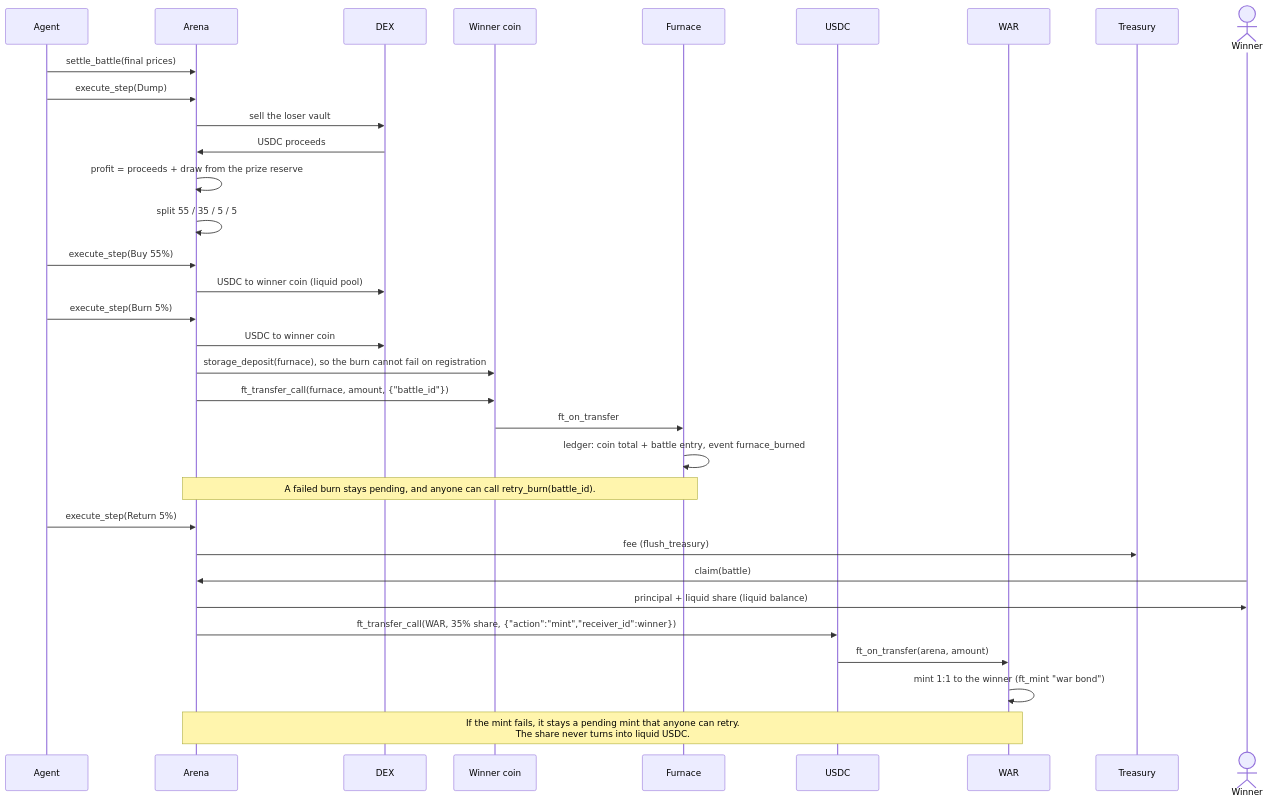
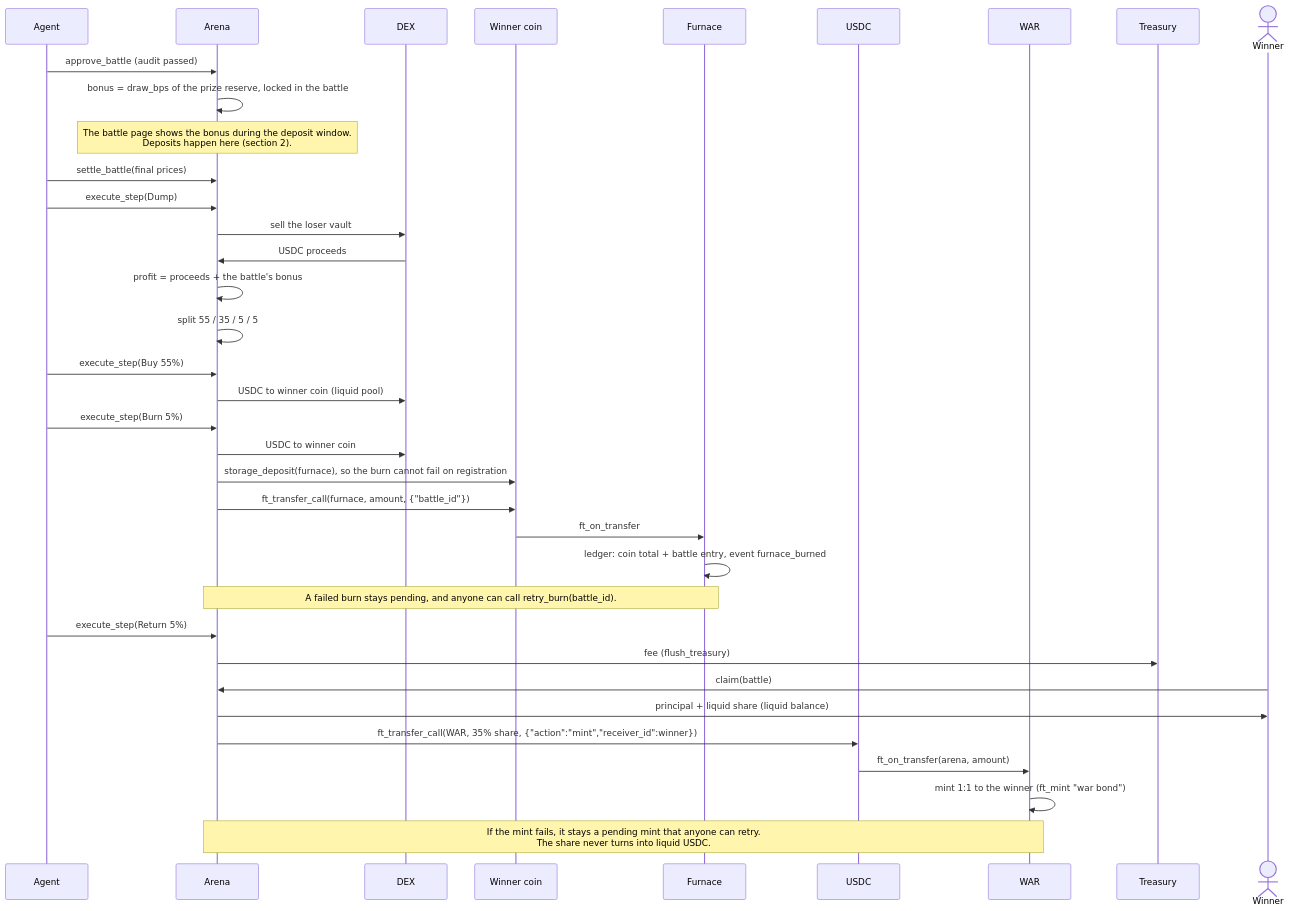
Before and after one commit to mferdinandr/valtrums: the third of 4 diagrams in docs/flow.md, drawn with Mermaid. The commit also changed other lines of this file, not shown here.

Commit message:
docs: show the prize bonus locked at approval in the flow

````diff
--- a/docs/flow.md
+++ b/docs/flow.md
@@ -80,35 +84,38 @@
 ```mermaid
 sequenceDiagram
     participant G as Agent
     participant A as Arena
     participant D as DEX
     participant K as Winner coin
     participant F as Furnace
     participant U as USDC
     participant W as WAR
     participant T as Treasury
     actor P as Winner
+    G->>A: approve_battle (audit passed)
+    A->>A: bonus = draw_bps of the prize reserve, locked in the battle
+    Note over A: The battle page shows the bonus during the deposit window.<br/>Deposits happen here (section 2).
     G->>A: settle_battle(final prices)
     G->>A: execute_step(Dump)
     A->>D: sell the loser vault
     D->>A: USDC proceeds
-    A->>A: profit = proceeds + draw from the prize reserve
+    A->>A: profit = proceeds + the battle's bonus
     A->>A: split 55 / 35 / 5 / 5
     G->>A: execute_step(Buy 55%)
     A->>D: USDC to winner coin (liquid pool)
     G->>A: execute_step(Burn 5%)
     A->>D: USDC to winner coin
     A->>K: storage_deposit(furnace), so the burn cannot fail on registration
     A->>K: ft_transfer_call(furnace, amount, {"battle_id"})
     K->>F: ft_on_transfer
     F->>F: ledger: coin total + battle entry, event furnace_burned
     Note over A,F: A failed burn stays pending, and anyone can call retry_burn(battle_id).
     G->>A: execute_step(Return 5%)
     A->>T: fee (flush_treasury)
     P->>A: claim(battle)
     A->>P: principal + liquid share (liquid balance)
     A->>U: ft_transfer_call(WAR, 35% share, {"action":"mint","receiver_id":winner})
     U->>W: ft_on_transfer(arena, amount)
     W->>W: mint 1:1 to the winner (ft_mint "war bond")
     Note over A,W: If the mint fails, it stays a pending mint that anyone can retry.<br/>The share never turns into liquid USDC.
 ```
````
